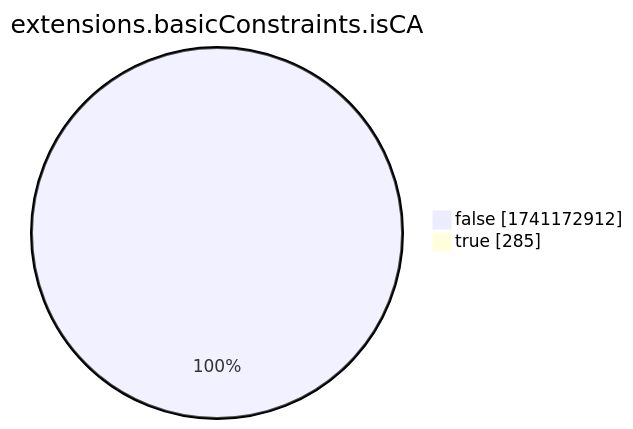
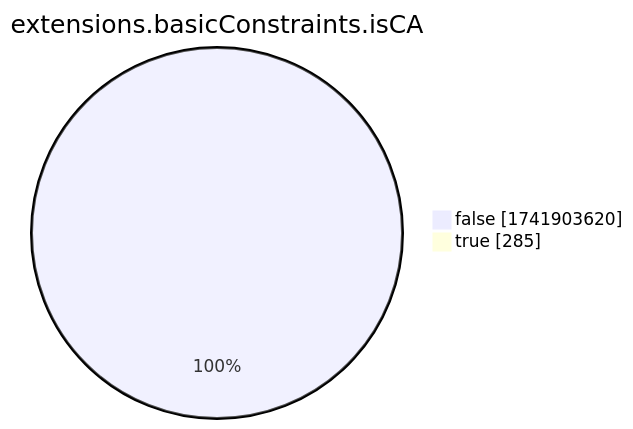
The eighth of 15 diagrams in xenon2022/README.md (christiankrug/ctmonitor_visualization), drawn with Mermaid before and after one commit. The commit also changed other lines of this file, not shown here.

````diff
--- a/xenon2022/README.md
+++ b/xenon2022/README.md
@@ -2867,6 +2867,6 @@
 ```mermaid
 pie showData
 title extensions.basicConstraints.isCA
-"false" :1741172912
+"false" :1741903620
 "true" :285
 ```
````
